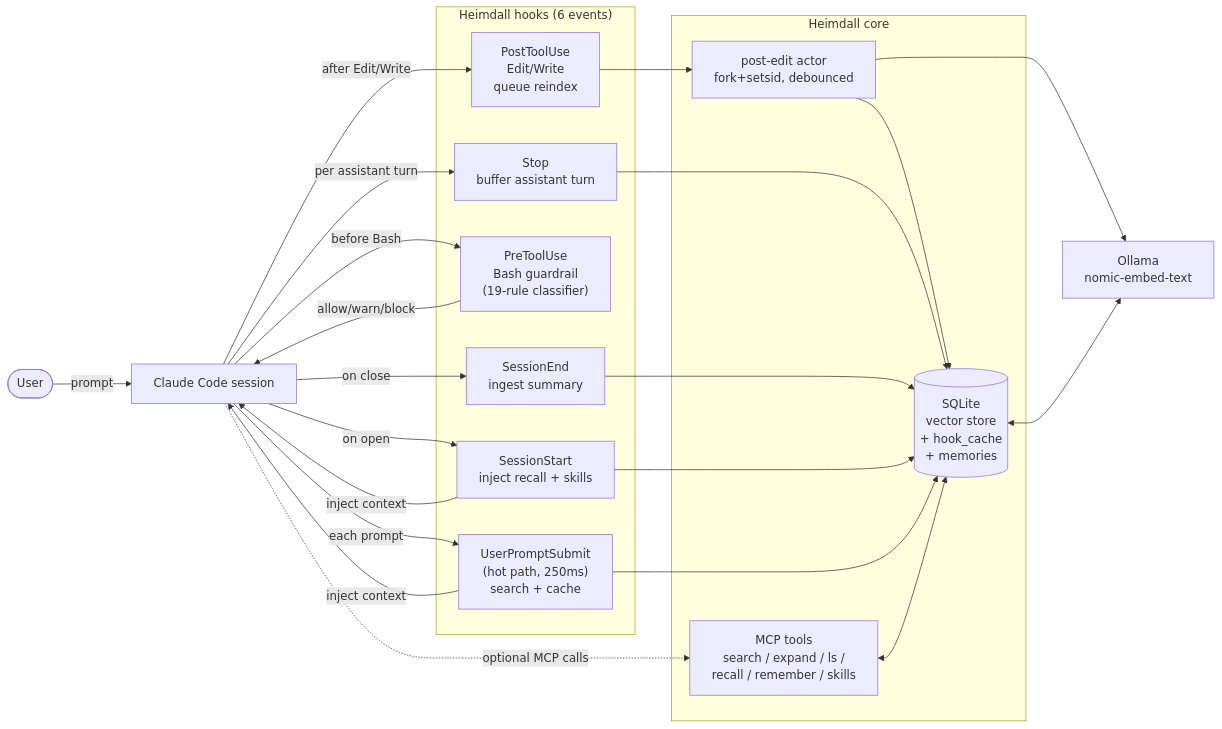
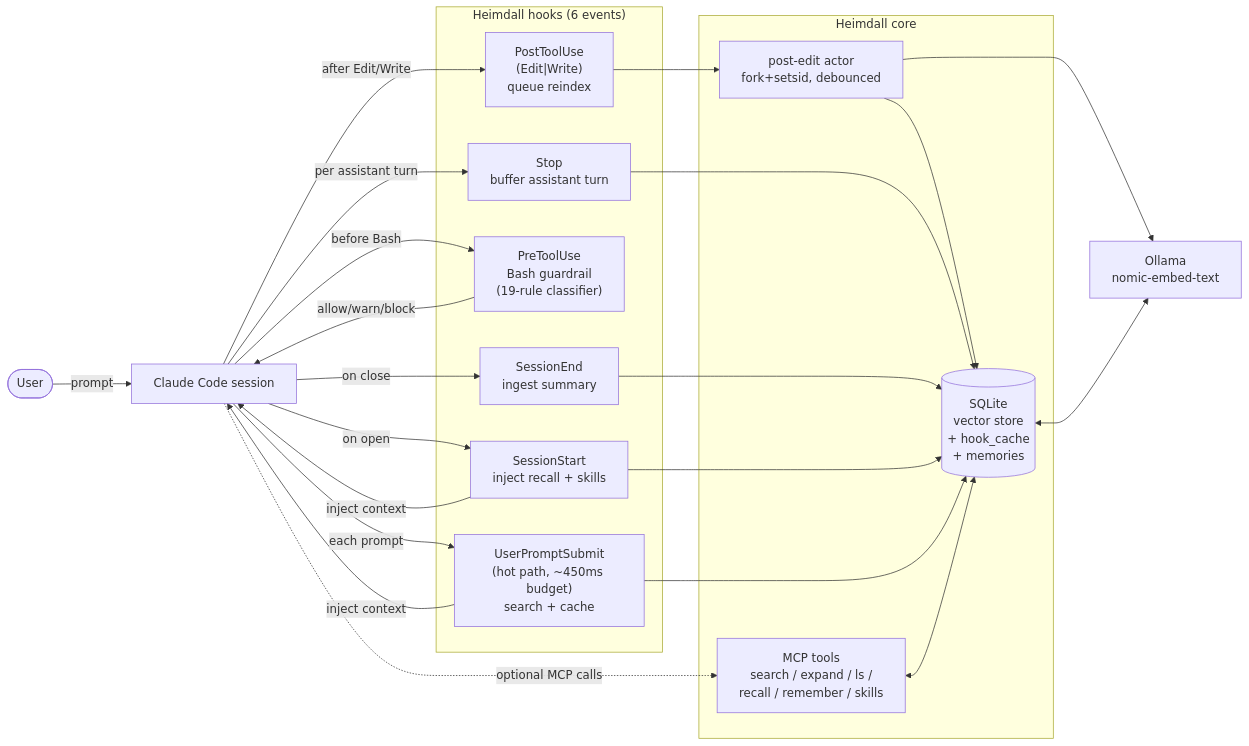
Before and after one commit to revprism-dev-bot/heimdall-mcp: the first of 2 diagrams in README.md, drawn with Mermaid. The commit also changed other lines of this file, not shown here.

````diff
--- a/README.md
+++ b/README.md
@@ -11,40 +11,40 @@
 ```mermaid
 flowchart LR
     User(["User"])
     CC["Claude Code session"]
     subgraph Hooks["Heimdall hooks (6 events)"]
         SS["SessionStart\ninject recall + skills"]
-        UP["UserPromptSubmit\n(hot path, 250ms)\nsearch + cache"]
+        UP["UserPromptSubmit\n(hot path, ~450ms budget)\nsearch + cache"]
         PTU["PreToolUse\nBash guardrail\n(19-rule classifier)"]
-        PT["PostToolUse\nEdit/Write\nqueue reindex"]
+        PT["PostToolUse\n(Edit|Write)\nqueue reindex"]
         StopEvt["Stop\nbuffer assistant turn"]
         SEnd["SessionEnd\ningest summary"]
     end
     subgraph Core["Heimdall core"]
         MCP["MCP tools\nsearch / expand / ls /\nrecall / remember / skills"]
         Actor["post-edit actor\nfork+setsid, debounced"]
         DB[("SQLite\nvector store\n+ hook_cache\n+ memories")]
     end
     Ollama["Ollama\nnomic-embed-text"]
 
     User -->|prompt| CC
     CC -->|on open| SS
     CC -->|each prompt| UP
     CC -->|before Bash| PTU
     CC -->|after Edit/Write| PT
     CC -->|per assistant turn| StopEvt
     CC -->|on close| SEnd
     SS -->|inject context| CC
     UP -->|inject context| CC
     PTU -->|allow/warn/block| CC
     PT --> Actor
     Actor --> DB
     Actor --> Ollama
     StopEvt --> DB
     SEnd --> DB
     SS --> DB
     UP --> DB
     CC -.->|optional MCP calls| MCP
     MCP <--> DB
     DB <--> Ollama
 ```
````
